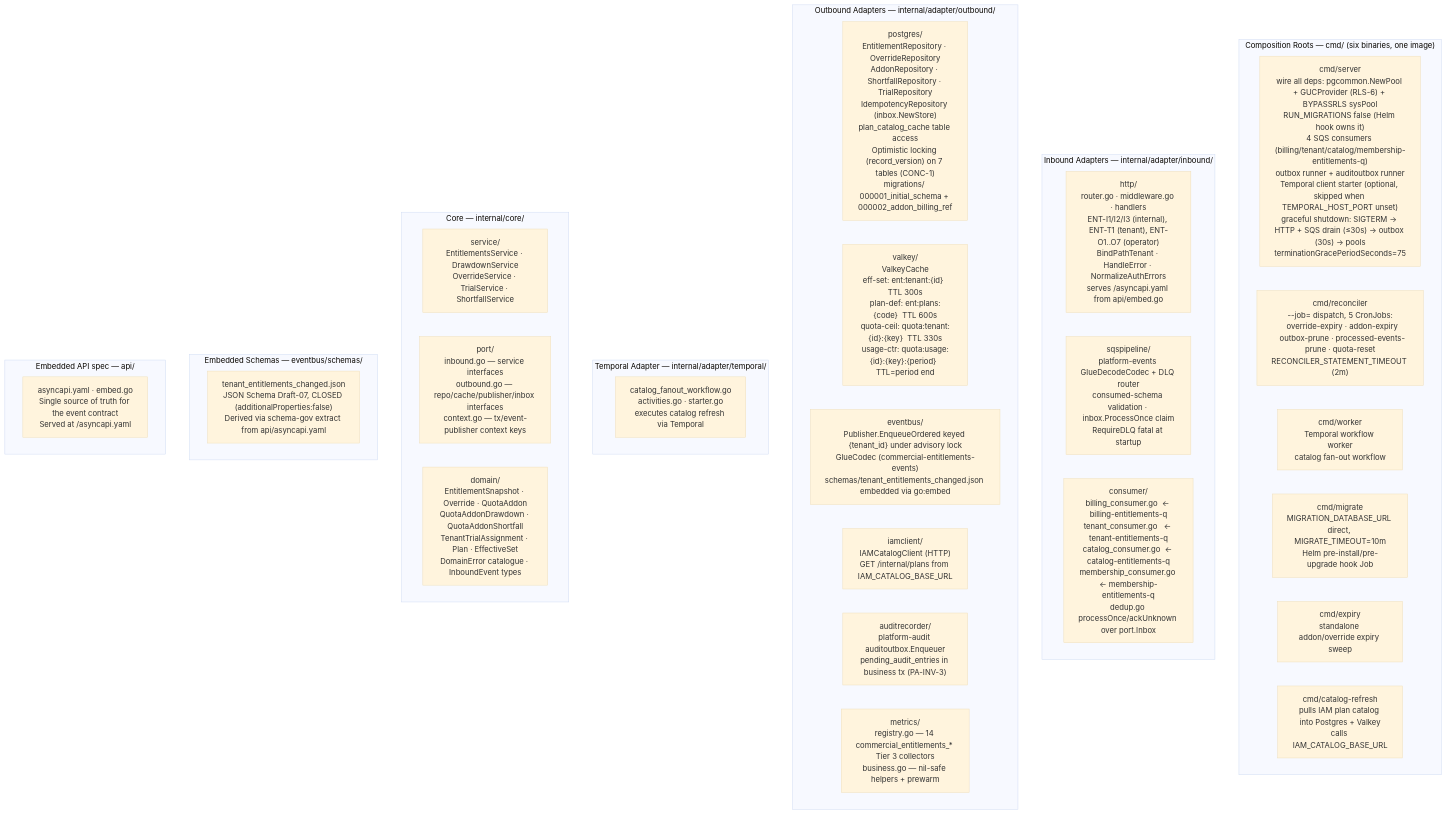
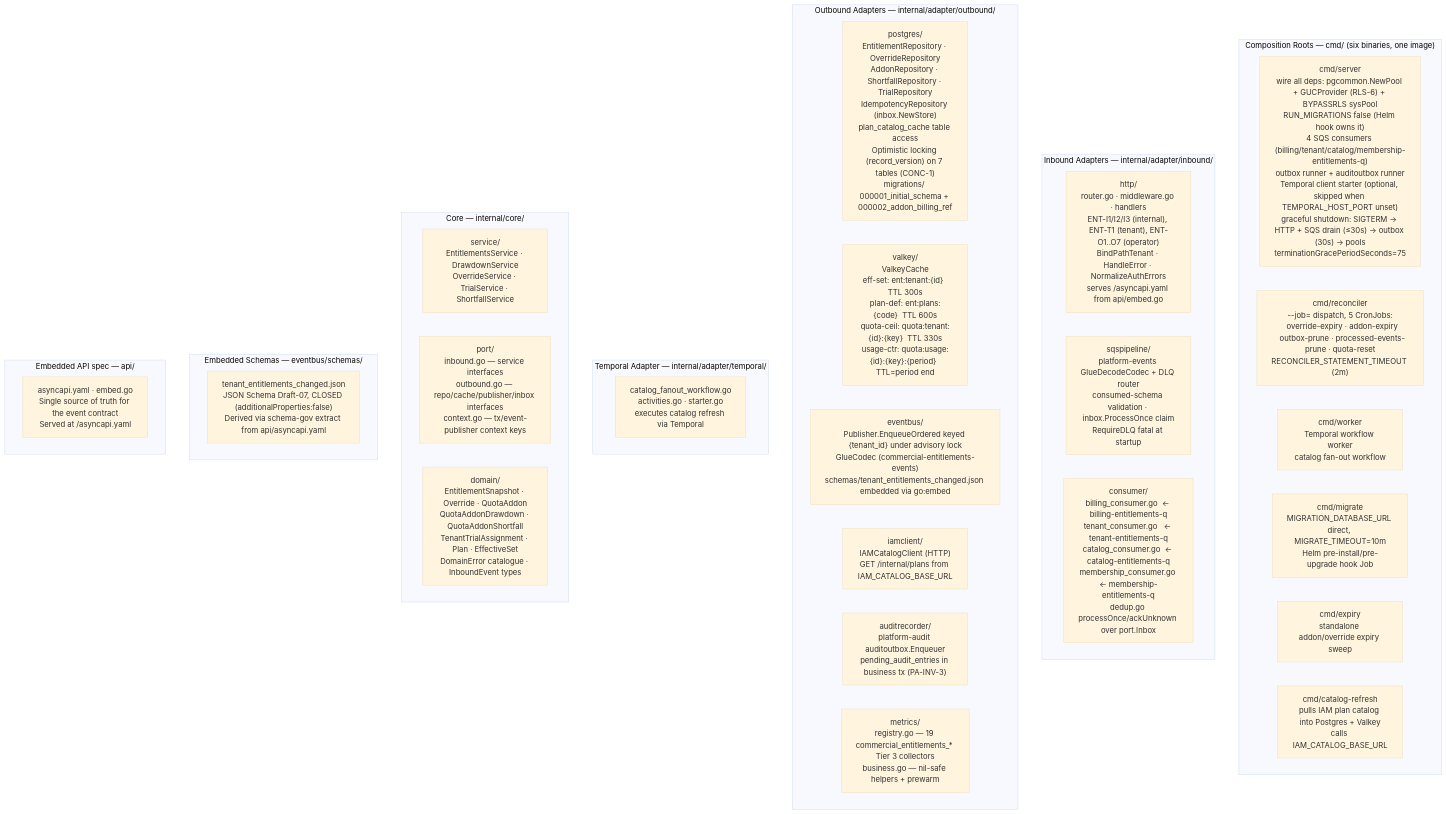
Before and after one commit to BCBP-SOLUTIONS-FZC-LLC/commercial-entitlements-service: the first of 2 diagrams in ARCHITECTURE.md, drawn with Mermaid (base theme). The commit also changed other lines of this file and 53 other files, not shown here.

````diff
--- a/ARCHITECTURE.md
+++ b/ARCHITECTURE.md
@@ -19,44 +19,44 @@
 ```mermaid
 graph TD
     subgraph cmd["Composition Roots — cmd/ (six binaries, one image)"]
         server["cmd/server\nwire all deps: pgcommon.NewPool + GUCProvider (RLS-6) + BYPASSRLS sysPool\nRUN_MIGRATIONS false (Helm hook owns it)\n4 SQS consumers (billing/tenant/catalog/membership-entitlements-q)\noutbox runner + auditoutbox runner\nTemporal client starter (optional, skipped when TEMPORAL_HOST_PORT unset)\ngraceful shutdown: SIGTERM → HTTP + SQS drain (≤30s) → outbox (30s) → pools\nterminationGracePeriodSeconds=75"]
         reconciler["cmd/reconciler\n--job=<name> dispatch, 5 CronJobs:\n  override-expiry · addon-expiry\n  outbox-prune · processed-events-prune · quota-reset\nRECONCILER_STATEMENT_TIMEOUT (2m)"]
         worker["cmd/worker\nTemporal workflow worker\ncatalog fan-out workflow"]
         migrate_bin["cmd/migrate\nMIGRATION_DATABASE_URL direct, MIGRATE_TIMEOUT=10m\nHelm pre-install/pre-upgrade hook Job"]
         expiry_bin["cmd/expiry\nstandalone addon/override expiry sweep"]
         catrefresh["cmd/catalog-refresh\npulls IAM plan catalog into Postgres + Valkey\ncalls IAM_CATALOG_BASE_URL"]
     end
 
     subgraph adapters_in["Inbound Adapters — internal/adapter/inbound/"]
         http_h["http/\nrouter.go · middleware.go · handlers\nENT-I1/I2/I3 (internal), ENT-T1 (tenant), ENT-O1..O7 (operator)\nBindPathTenant · HandleError · NormalizeAuthErrors\nserves /asyncapi.yaml from api/embed.go"]
         sqspipeline["sqspipeline/\nplatform-events GlueDecodeCodec + DLQ router\nconsumed-schema validation · inbox.ProcessOnce claim\nRequireDLQ fatal at startup"]
         consumer["consumer/\nbilling_consumer.go  ← billing-entitlements-q\ntenant_consumer.go   ← tenant-entitlements-q\ncatalog_consumer.go  ← catalog-entitlements-q\nmembership_consumer.go ← membership-entitlements-q\ndedup.go processOnce/ackUnknown over port.Inbox"]
     end
 
     subgraph adapters_out["Outbound Adapters — internal/adapter/outbound/"]
         postgres["postgres/\nEntitlementRepository · OverrideRepository\nAddonRepository · ShortfallRepository · TrialRepository\nIdempotencyRepository (inbox.NewStore)\nplan_catalog_cache table access\nOptimistic locking (record_version) on 7 tables (CONC-1)\nmigrations/ 000001_initial_schema + 000002_addon_billing_ref"]
         valkey["valkey/\nValkeyCache\neff-set: ent:tenant:{id}  TTL 300s\nplan-def: ent:plans:{code}  TTL 600s\nquota-ceil: quota:tenant:{id}:{key}  TTL 330s\nusage-ctr: quota:usage:{id}:{key}:{period}  TTL=period end"]
         eventbus["eventbus/\nPublisher.EnqueueOrdered keyed {tenant_id} under advisory lock\nGlueCodec (commercial-entitlements-events)\nschemas/tenant_entitlements_changed.json embedded via go:embed"]
         iamclient["iamclient/\nIAMCatalogClient (HTTP)\nGET /internal/plans from IAM_CATALOG_BASE_URL"]
         auditrecorder["auditrecorder/\nplatform-audit auditoutbox.Enqueuer\npending_audit_entries in business tx (PA-INV-3)"]
-        metrics["metrics/\nregistry.go — 14 commercial_entitlements_* Tier 3 collectors\nbusiness.go — nil-safe helpers + prewarm"]
+        metrics["metrics/\nregistry.go — 19 commercial_entitlements_* Tier 3 collectors\nbusiness.go — nil-safe helpers + prewarm"]
     end
 
     subgraph temporal_grp["Temporal Adapter — internal/adapter/temporal/"]
         temporal["catalog_fanout_workflow.go\nactivities.go · starter.go\nexecutes catalog refresh via Temporal"]
     end
 
     subgraph core["Core — internal/core/"]
         service["service/\nEntitlementsService · DrawdownService\nOverrideService · TrialService · ShortfallService"]
         port["port/\ninbound.go — service interfaces\noutbound.go — repo/cache/publisher/inbox interfaces\ncontext.go — tx/event-publisher context keys"]
         domain["domain/\nEntitlementSnapshot · Override · QuotaAddon\nQuotaAddonDrawdown · QuotaAddonShortfall\nTenantTrialAssignment · Plan · EffectiveSet\nDomainError catalogue · InboundEvent types"]
     end
 
     subgraph schemas_grp["Embedded Schemas — eventbus/schemas/"]
         eventschema["tenant_entitlements_changed.json\nJSON Schema Draft-07, CLOSED (additionalProperties:false)\nDerived via schema-gov extract from api/asyncapi.yaml"]
     end
 
     subgraph apispec_grp["Embedded API spec — api/"]
         apispec["asyncapi.yaml · embed.go\nSingle source of truth for the event contract\nServed at /asyncapi.yaml"]
     end
 ```
````
